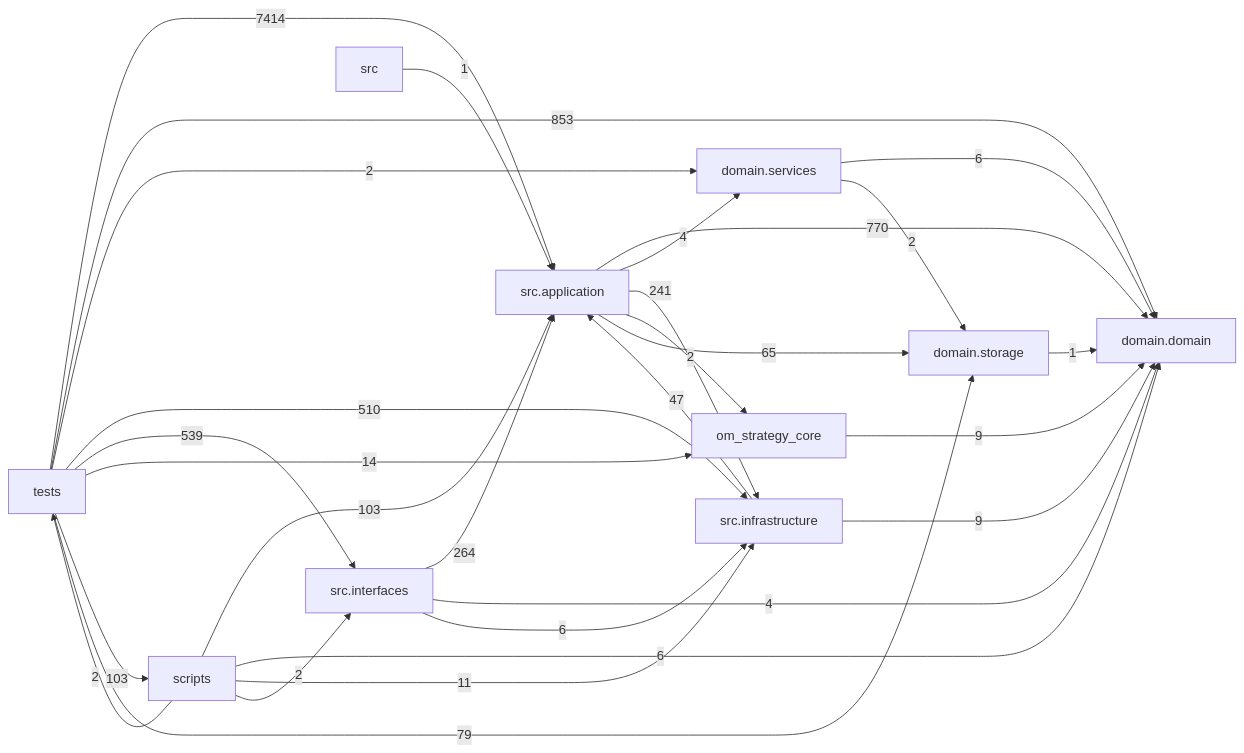
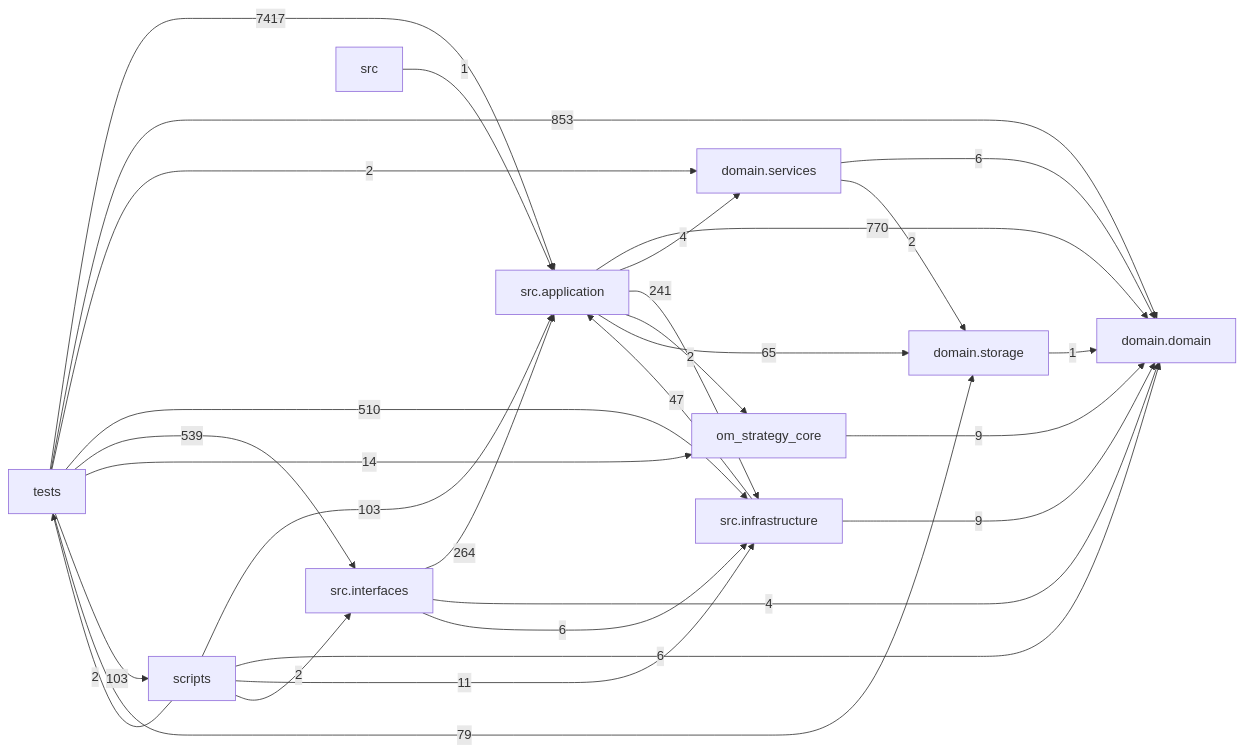
The diagram in docs/DEPENDENCY_GRAPH.md (liuxie066/options-monitor), drawn with Mermaid before and after one commit. The commit also changed other lines of this file and 3 other files, not shown here.

````diff
--- a/docs/DEPENDENCY_GRAPH.md
+++ b/docs/DEPENDENCY_GRAPH.md
@@ -24,39 +24,39 @@
 ```mermaid
 flowchart LR
   tests["tests"]
   scripts["scripts"]
   interfaces["src.interfaces"]
   application["src.application"]
   infrastructure["src.infrastructure"]
   domain_services["domain.services"]
   domain["domain.domain"]
   storage["domain.storage"]
   application -->|770| domain
   application -->|4| domain_services
   application -->|241| infrastructure
   application -->|2| om_strategy_core
   application -->|65| storage
   domain_services -->|6| domain
   domain_services -->|2| storage
   infrastructure -->|47| application
   infrastructure -->|9| domain
   interfaces -->|264| application
   interfaces -->|4| domain
   interfaces -->|6| infrastructure
   om_strategy_core -->|9| domain
   scripts -->|103| application
   scripts -->|6| domain
   scripts -->|11| infrastructure
   scripts -->|2| interfaces
   scripts -->|2| tests
   src -->|1| application
   storage -->|1| domain
-  tests -->|7414| application
+  tests -->|7417| application
   tests -->|853| domain
   tests -->|2| domain_services
   tests -->|510| infrastructure
   tests -->|539| interfaces
   tests -->|14| om_strategy_core
   tests -->|103| scripts
   tests -->|79| storage
 ```
````
